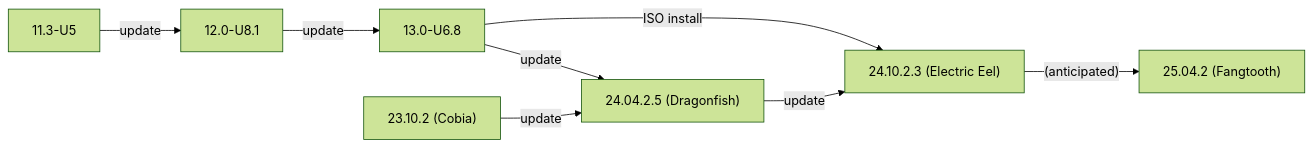
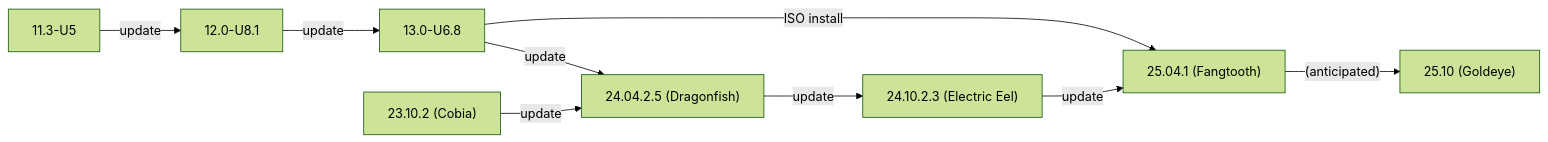
Before and after one commit to truenas/documentation: the second of 2 diagrams in static/includes/SCALEUpgradePaths.md, drawn with Mermaid (forest theme). The commit also changed other lines of this file, not shown here.

```diff
--- a/static/includes/SCALEUpgradePaths.md
+++ b/static/includes/SCALEUpgradePaths.md
@@ -79,11 +80,12 @@
           {{< mermaid class="mermaid_sizing" >}}
           flowchart LR
             A["11.3-U5"] -->|update| B
             B["12.0-U8.1"] -->|update| C
-            C["13.0-U6.8"] -->|ISO install| F
+            C["13.0-U6.8"] -->|ISO install| G
             C -->|update| E
             D["23.10.2 (Cobia)"] -->|update| E
             E["24.04.2.5 (Dragonfish)"]  -->|update| F
-            F["24.10.2.3 (Electric Eel)"] -->|"(anticipated)"| G
-            G["25.04.2 (Fangtooth)"]
+            F["24.10.2.3 (Electric Eel)"] -->|update| G
+            G["25.04.1 (Fangtooth)"] -->|"(anticipated)"| H
+            H["25.10 (Goldeye)"]
           {{< /mermaid >}}
```
